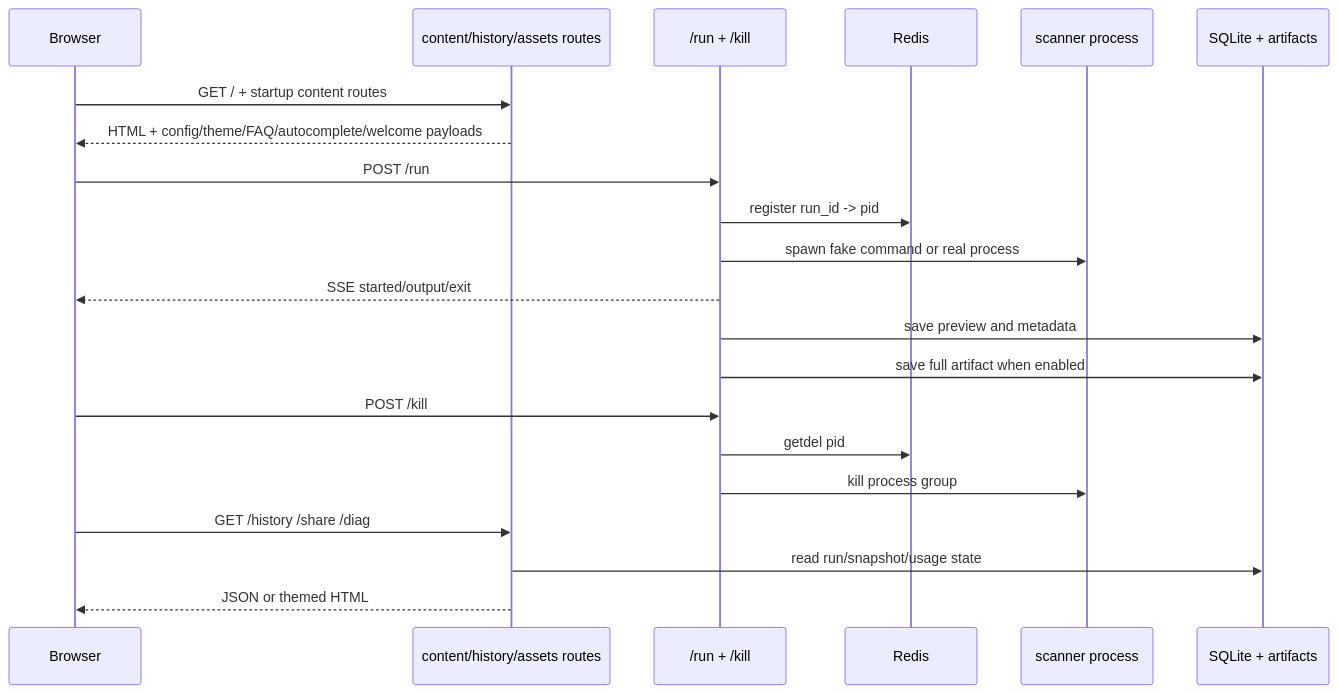
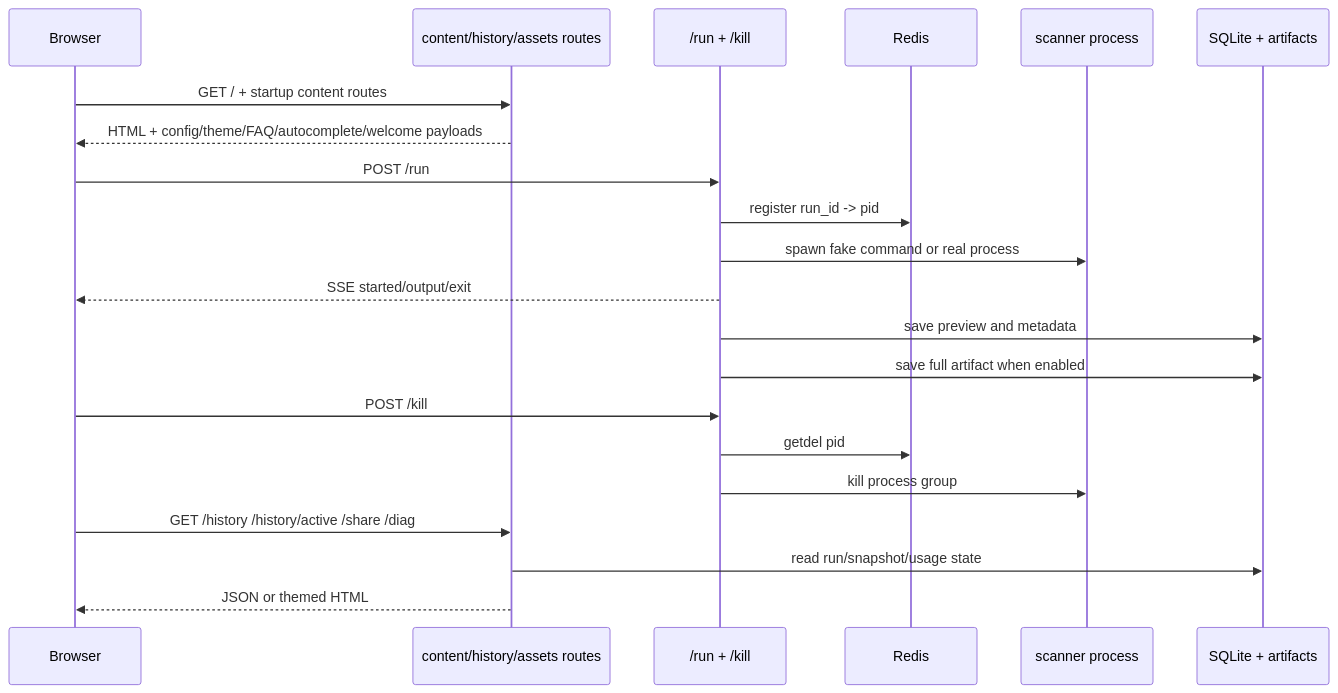
The third of 6 diagrams in ARCHITECTURE.md (darklab-sh/darklab-shell), drawn with Mermaid before and after one commit. The commit also changed other lines of this file and 26 other files, not shown here.

````diff
--- a/ARCHITECTURE.md
+++ b/ARCHITECTURE.md
@@ -119,27 +119,27 @@
 ```mermaid
 sequenceDiagram
   participant B as Browser
   participant C as content/history/assets routes
   participant R as /run + /kill
   participant X as Redis
   participant P as scanner process
   participant D as SQLite + artifacts
 
   B->>C: GET / + startup content routes
   C-->>B: HTML + config/theme/FAQ/autocomplete/welcome payloads
 
   B->>R: POST /run
   R->>X: register run_id -> pid
   R->>P: spawn fake command or real process
   R-->>B: SSE started/output/exit
   R->>D: save preview and metadata
   R->>D: save full artifact when enabled
 
   B->>R: POST /kill
   R->>X: getdel pid
   R->>P: kill process group
 
-  B->>C: GET /history /share /diag
+  B->>C: GET /history /history/active /share /diag
   C->>D: read run/snapshot/usage state
   C-->>B: JSON or themed HTML
 ```
````
